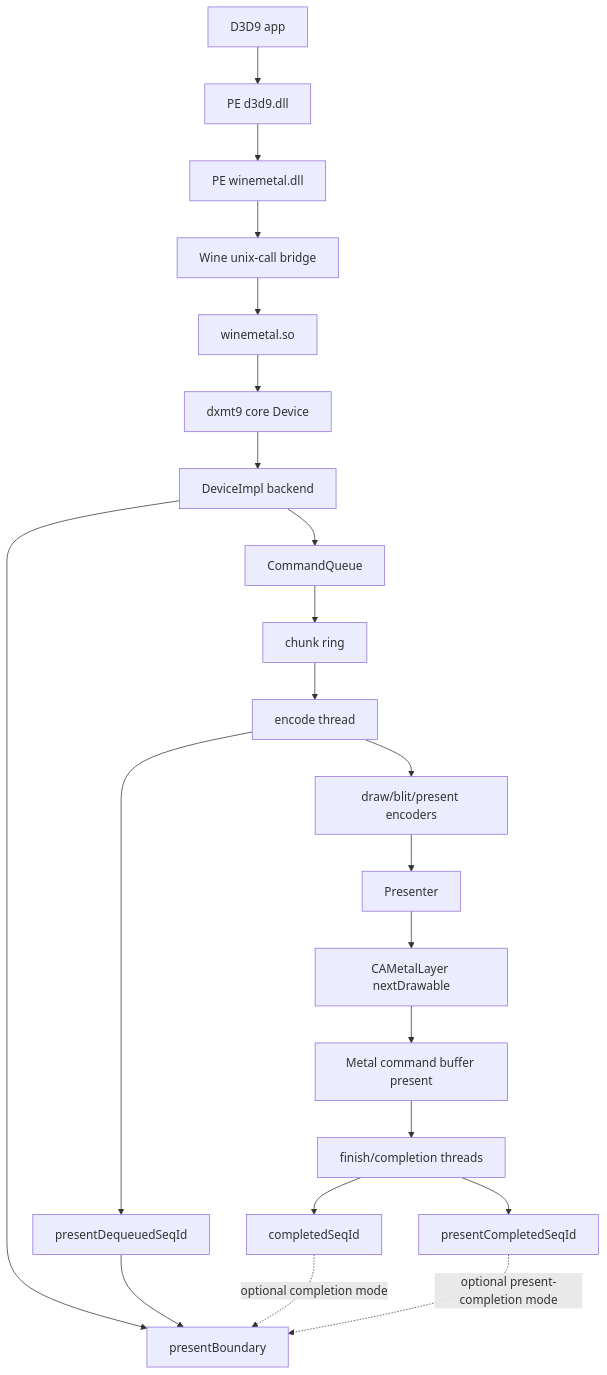
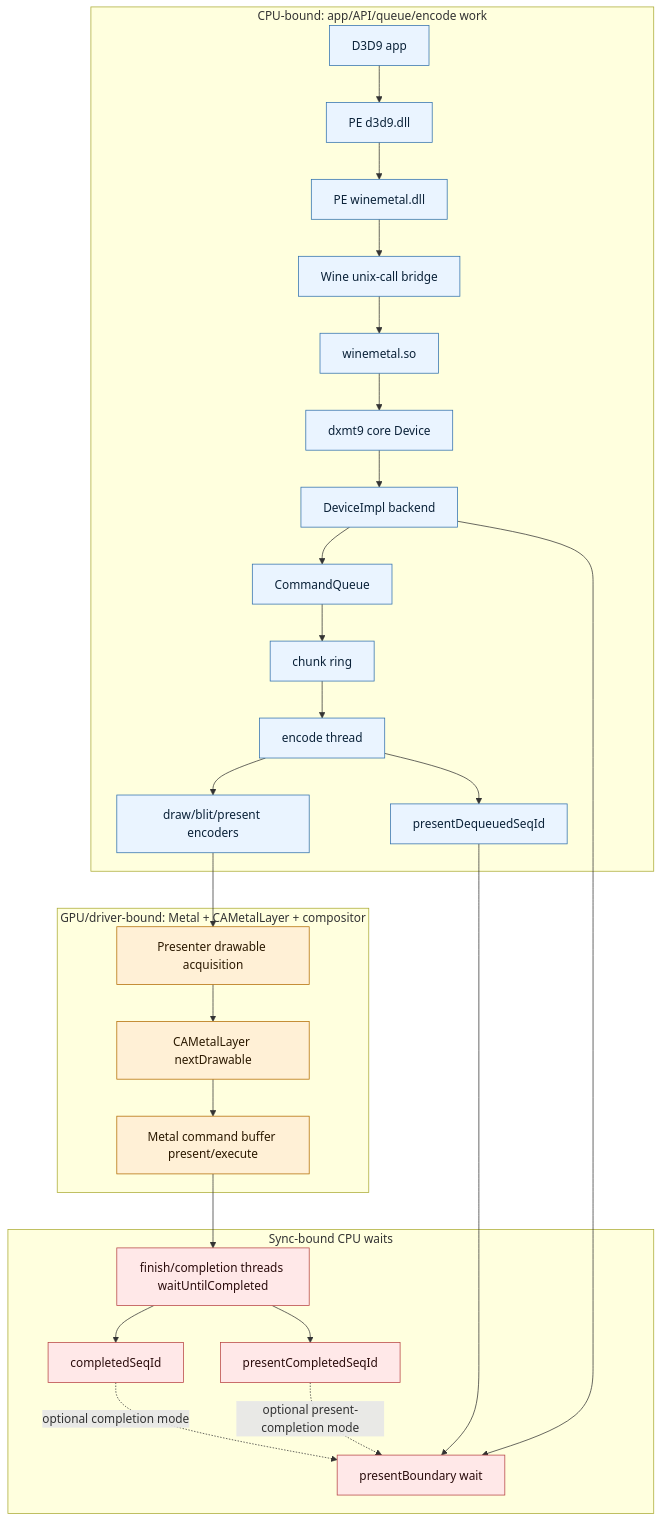
Before and after one commit to dfdgsdfg/dxmt9: the first of 9 diagrams in docs/perfomance-bottleneck.md, drawn with Mermaid. The commit also changed other lines of this file and 15 other files, not shown here.

````diff
--- a/docs/perfomance-bottleneck.md
+++ b/docs/perfomance-bottleneck.md
@@ -13,24 +19,46 @@
 ```mermaid
 flowchart TD
-  App[D3D9 app] --> D3D9PE[PE d3d9.dll]
-  D3D9PE --> WinemetalPE[PE winemetal.dll]
-  WinemetalPE --> UnixCall[Wine unix-call bridge]
-  UnixCall --> WinemetalSO[winemetal.so]
-  WinemetalSO --> Core[dxmt9 core Device]
-  Core --> Backend[DeviceImpl backend]
-  Backend --> CQ[CommandQueue]
-  CQ --> ChunkRing[chunk ring]
-  ChunkRing --> EncodeThread[encode thread]
-  EncodeThread --> DrawEnc[draw/blit/present encoders]
-  DrawEnc --> Presenter[Presenter]
-  Presenter --> Layer[CAMetalLayer nextDrawable]
-  Layer --> MetalCB[Metal command buffer present]
-  MetalCB --> Finish[finish/completion threads]
-  EncodeThread --> Dequeued[presentDequeuedSeqId]
-  Backend --> Boundary[presentBoundary]
-  Dequeued --> Boundary
-  Finish --> Completed[completedSeqId]
-  Finish --> PresentCompleted[presentCompletedSeqId]
+  subgraph CPU["CPU-bound: app/API/queue/encode work"]
+    App[D3D9 app]
+    D3D9PE[PE d3d9.dll]
+    WinemetalPE[PE winemetal.dll]
+    UnixCall[Wine unix-call bridge]
+    WinemetalSO[winemetal.so]
+    Core[dxmt9 core Device]
+    Backend[DeviceImpl backend]
+    CQ[CommandQueue]
+    ChunkRing[chunk ring]
+    EncodeThread[encode thread]
+    DrawEnc[draw/blit/present encoders]
+    Dequeued[presentDequeuedSeqId]
+  end
+
+  subgraph GPUDriver["GPU/driver-bound: Metal + CAMetalLayer + compositor"]
+    Presenter[Presenter drawable acquisition]
+    Layer[CAMetalLayer nextDrawable]
+    MetalCB[Metal command buffer present/execute]
+  end
+
+  subgraph Sync["Sync-bound CPU waits"]
+    Finish[finish/completion threads waitUntilCompleted]
+    Boundary[presentBoundary wait]
+    Completed[completedSeqId]
+    PresentCompleted[presentCompletedSeqId]
+  end
+
+  App --> D3D9PE --> WinemetalPE --> UnixCall --> WinemetalSO --> Core --> Backend --> CQ --> ChunkRing --> EncodeThread --> DrawEnc
+  DrawEnc --> Presenter --> Layer --> MetalCB --> Finish
+  EncodeThread --> Dequeued --> Boundary
+  Backend --> Boundary
+  Finish --> Completed
+  Finish --> PresentCompleted
   Completed -. optional completion mode .-> Boundary
   PresentCompleted -. optional present-completion mode .-> Boundary
+
+  classDef cpu fill:#eaf4ff,stroke:#2f6fad,color:#0b2239
+  classDef gpu fill:#fff0d6,stroke:#b26b00,color:#2b1900
+  classDef sync fill:#ffe8e8,stroke:#b64242,color:#2b0d0d
+  class App,D3D9PE,WinemetalPE,UnixCall,WinemetalSO,Core,Backend,CQ,ChunkRing,EncodeThread,DrawEnc,Dequeued cpu
+  class Presenter,Layer,MetalCB gpu
+  class Finish,Boundary,Completed,PresentCompleted sync
 ```
````
